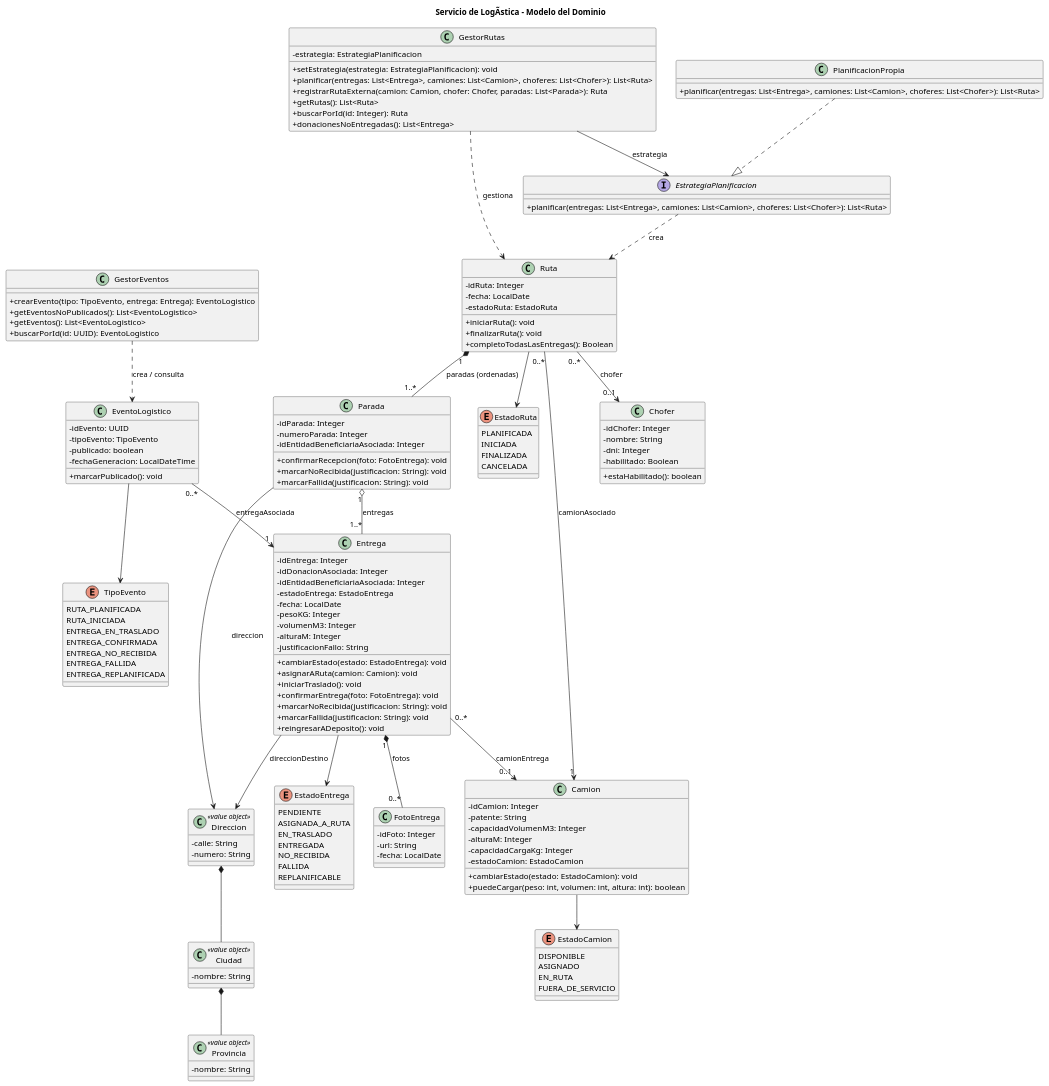
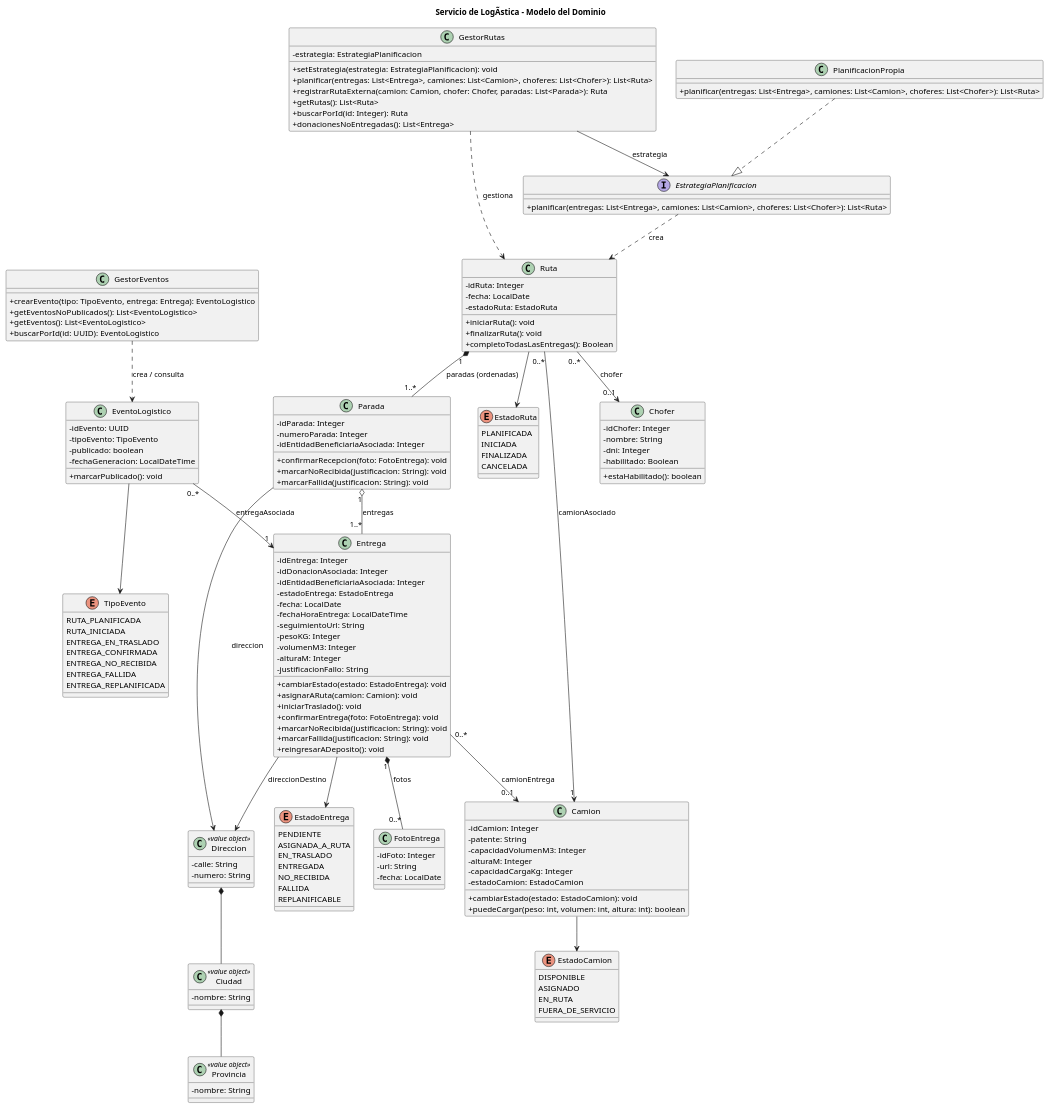
One commit to DSI-Grupo-4/tp_anual_dsi_grupo4 changed the diagram in diagramas/ddc/logistica.puml. Above: the diagram before and after it, drawn with PlantUML. The commit also changed 37 other files, not shown here.

```diff
--- a/diagramas/ddc/logistica.puml
+++ b/diagramas/ddc/logistica.puml
@@ -32,6 +32,8 @@
 - idEntidadBeneficiariaAsociada: Integer
 - estadoEntrega: EstadoEntrega
 - fecha: LocalDate
+- fechaHoraEntrega: LocalDateTime
+- seguimientoUrl: String
 - pesoKG: Integer
 - volumenM3: Integer
 - alturaM: Integer
```
